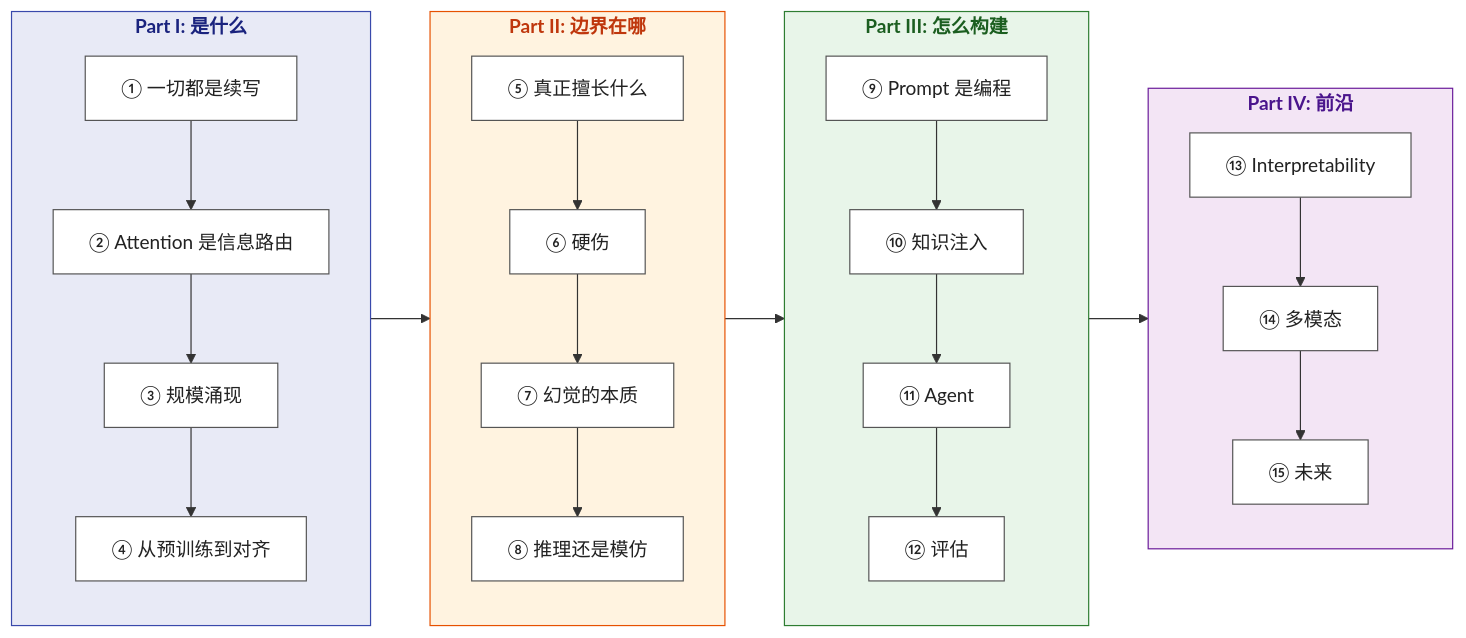
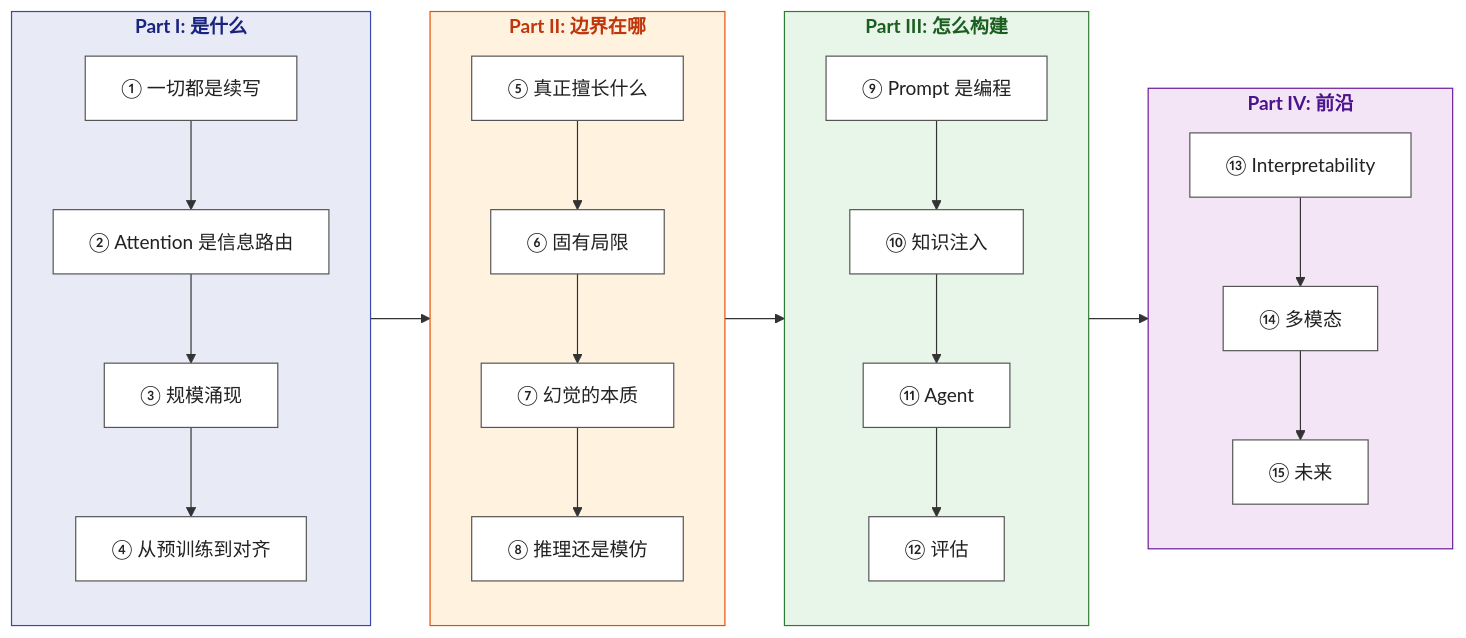
The diagram in README.md (yingwang/thinking-in-llm), drawn with Mermaid before and after one commit. The commit also changed other lines of this file and 31 other files, not shown here.

````diff
--- a/README.md
+++ b/README.md
@@ -12,47 +12,47 @@
 ```mermaid
 flowchart LR
     subgraph P1["<b>Part I: 是什么</b>"]
         direction TB
         C1["① 一切都是续写"]
         C2["② Attention 是信息路由"]
         C3["③ 规模涌现"]
         C4["④ 从预训练到对齐"]
         C1 --> C2 --> C3 --> C4
     end
 
     subgraph P2["<b>Part II: 边界在哪</b>"]
         direction TB
         C5["⑤ 真正擅长什么"]
-        C6["⑥ 硬伤"]
+        C6["⑥ 固有局限"]
         C7["⑦ 幻觉的本质"]
         C8["⑧ 推理还是模仿"]
         C5 --> C6 --> C7 --> C8
     end
 
     subgraph P3["<b>Part III: 怎么构建</b>"]
         direction TB
         C9["⑨ Prompt 是编程"]
         C10["⑩ 知识注入"]
         C11["⑪ Agent"]
         C12["⑫ 评估"]
         C9 --> C10 --> C11 --> C12
     end
 
     subgraph P4["<b>Part IV: 前沿</b>"]
         direction TB
         C13["⑬ Interpretability"]
         C14["⑭ 多模态"]
         C15["⑮ 未来"]
         C13 --> C14 --> C15
     end
 
     P1 --> P2 --> P3 --> P4
 
     classDef chapter fill:#ffffff,stroke:#555,color:#222
     class C1,C2,C3,C4,C5,C6,C7,C8,C9,C10,C11,C12,C13,C14,C15 chapter
 
     style P1 fill:#e8eaf6,stroke:#3949ab,color:#1a237e
     style P2 fill:#fff3e0,stroke:#e65100,color:#bf360c
     style P3 fill:#e8f5e9,stroke:#2e7d32,color:#1b5e20
     style P4 fill:#f3e5f5,stroke:#6a1b9a,color:#4a148c
 ```
````
